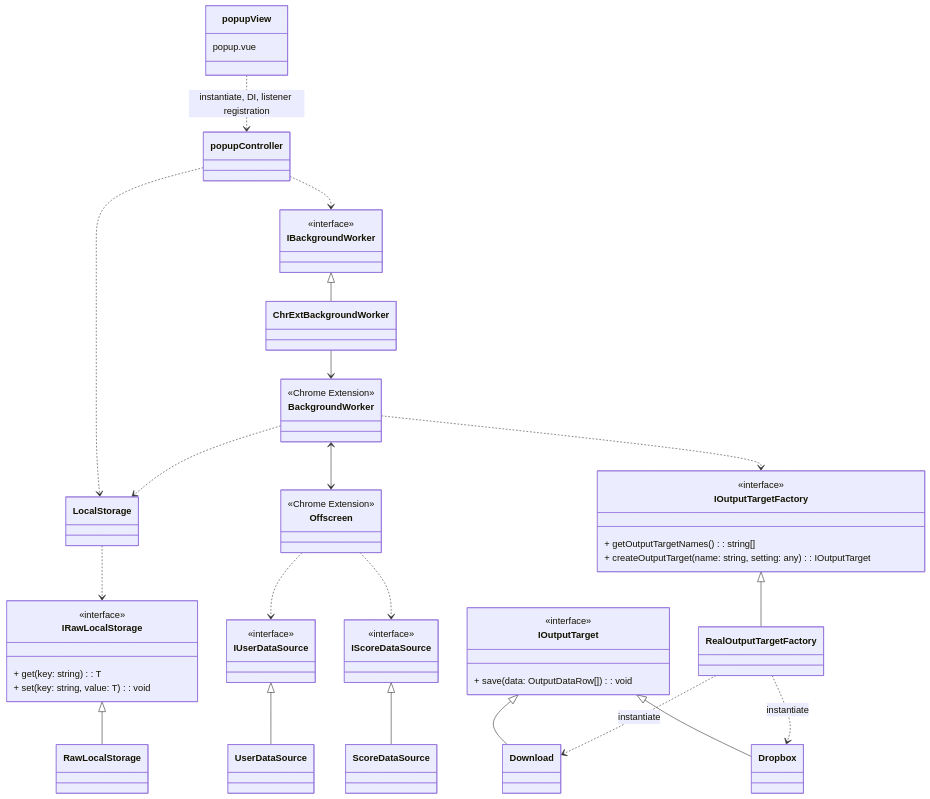
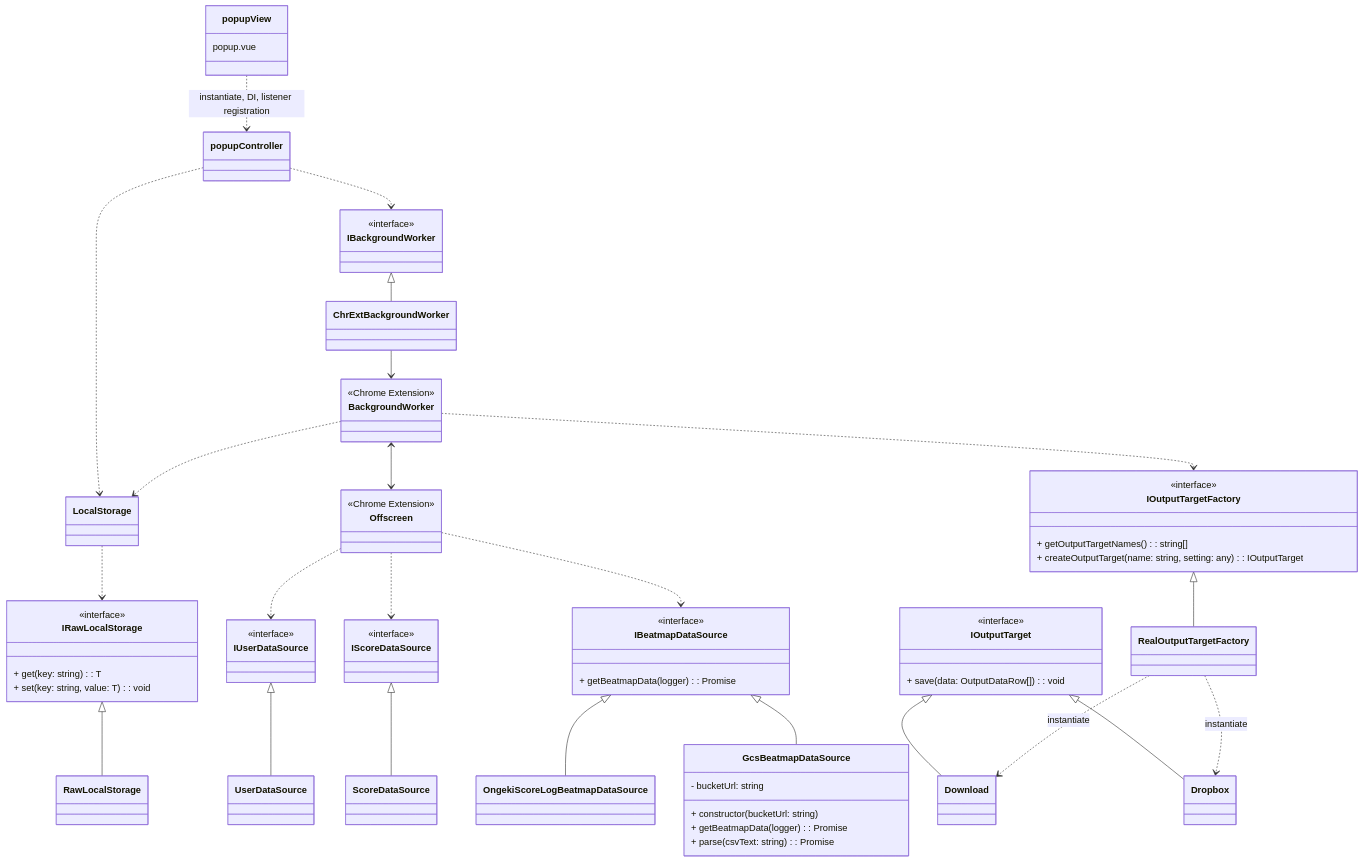
One commit to ano333333/ongeki-score-fetch changed the first of 2 diagrams in refactors/1.md. Above: the diagram before and after it, drawn with Mermaid. The commit also changed other lines of this file, not shown here.

````diff
--- a/refactors/1.md
+++ b/refactors/1.md
@@ -24,6 +25,21 @@
     class ScoreDataSource {
     }
     IScoreDataSource <|-- ScoreDataSource
+
+    class IBeatmapDataSource {
+        <<interface>>
+        + getBeatmapData(logger): Promise<BeatmapDataType[]>
+    }
+    class OngekiScoreLogBeatmapDataSource {
+    }
+    class GcsBeatmapDataSource {
+        - bucketUrl: string
+        + constructor(bucketUrl: string)
+        + getBeatmapData(logger): Promise<BeatmapDataType[]>
+        + parse(csvText: string): Promise<string[][]>
+    }
+    IBeatmapDataSource <|-- OngekiScoreLogBeatmapDataSource
+    IBeatmapDataSource <|-- GcsBeatmapDataSource
 
     class IRawLocalStorage {
         <<interface>>
@@ -87,4 +103,5 @@
     BackgroundWorker ..> IOutputTargetFactory
     Offscreen ..> IUserDataSource
     Offscreen ..> IScoreDataSource
+    Offscreen ..> IBeatmapDataSource
 ```
````
